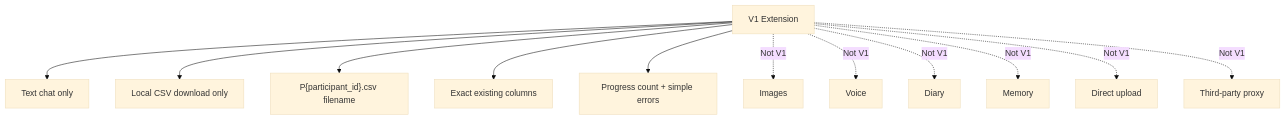
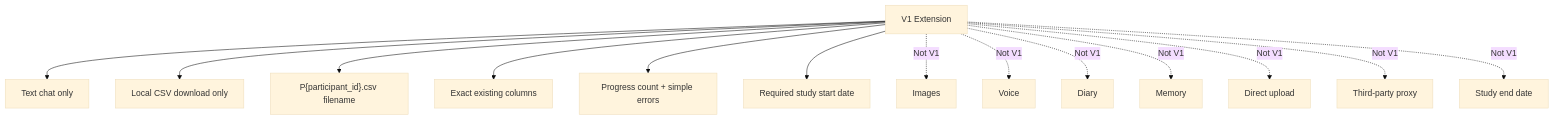
The seventh of 7 diagrams in replika-online-export-visual-workflow.md (PengLin-Zilv/CompanionLink), drawn with Mermaid (base theme) before and after one commit. The commit also changed other lines of this file and 12 other files, not shown here.

Commit message:
feat: filter exports by study start date

````diff
--- a/replika-online-export-visual-workflow.md
+++ b/replika-online-export-visual-workflow.md
@@ -279,15 +288,17 @@
 ```mermaid
 flowchart TD
     A["V1 Extension"] --> B["Text chat only"]
     A --> C["Local CSV download only"]
     A --> D["P{participant_id}.csv filename"]
     A --> E["Exact existing columns"]
     A --> F["Progress count + simple errors"]
+    A --> M["Required study start date"]
 
     A -. "Not V1" .-> G["Images"]
     A -. "Not V1" .-> H["Voice"]
     A -. "Not V1" .-> I["Diary"]
     A -. "Not V1" .-> J["Memory"]
     A -. "Not V1" .-> K["Direct upload"]
     A -. "Not V1" .-> L["Third-party proxy"]
+    A -. "Not V1" .-> N["Study end date"]
 ```
````
